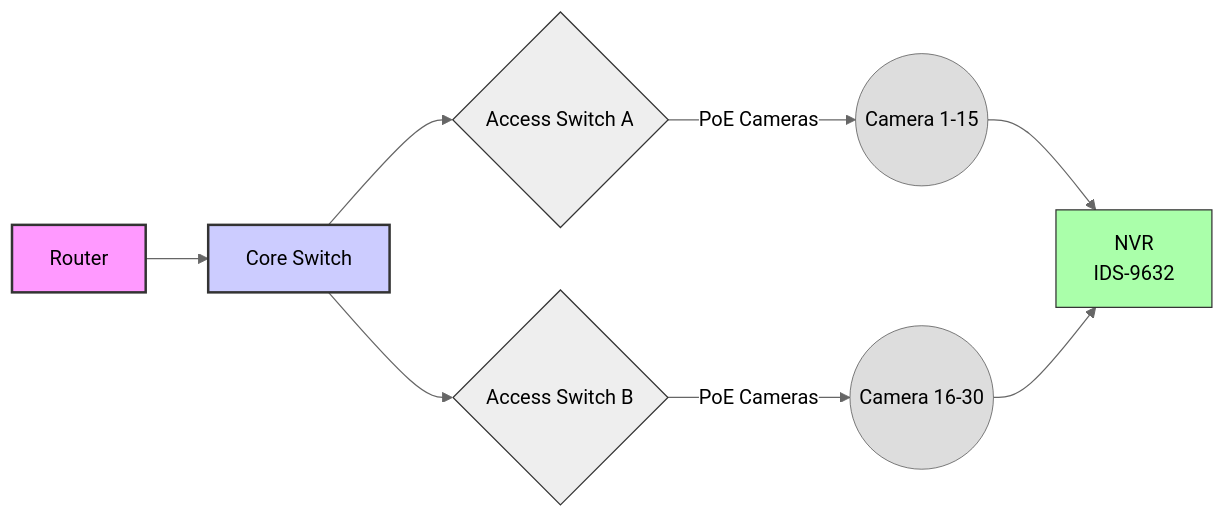
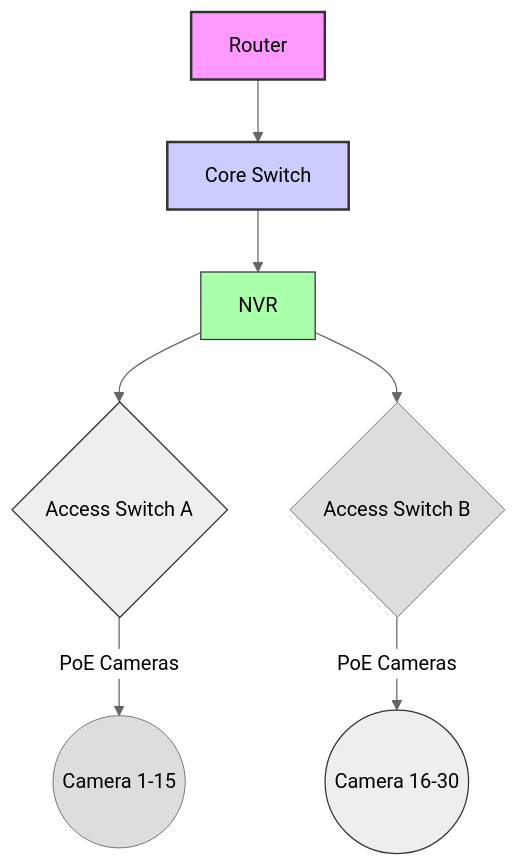
One commit to wHkr/Life-Systems changed the first of 7 diagrams in docs/tech/overview.md. Above: the diagram before and after it, drawn with Mermaid (neutral theme). The commit also changed 10 other files, not shown here.

Commit message:
Just wasting time by adding tons of diagrams and mermaid graphs using mermaid in my website. Just adding plugins here and there for node and color and icon functionality

````diff
--- a/docs/tech/overview.md
+++ b/docs/tech/overview.md
@@ -7,20 +7,17 @@
 ```mermaid
-flowchart LR
-    A[Router] --> B[Core Switch]
-    B --> C{Access Switch A}
-    B --> D{Access Switch B}
+flowchart TD
+    A[Router] --> B[Core Switch] --> C[NVR]
+    C --> D{Access Switch A}
+    C --> E{Access Switch B}
 
-    C -- "PoE Cameras" --> E((Camera 1-15))
-    D -- "PoE Cameras" --> F((Camera 16-30))
-
-    E --> G[NVR<br/>IDS-9632]
-    F --> G
+    D -- "PoE Cameras" --> F((Camera 1-15))
+    E -- "PoE Cameras" --> G((Camera 16-30))
 
     style A fill:#f9f,stroke:#333,stroke-width:2px
     style B fill:#ccf,stroke:#333,stroke-width:2px
-    style C fill:#eee,stroke:#333,stroke-width:1px
+    style C fill:#afa,stroke:#333,stroke-width:1px
     style D fill:#eee,stroke:#333,stroke-width:1px
     style E fill:#ddd,stroke:#333,stroke-width:0.5px
     style F fill:#ddd,stroke:#333,stroke-width:0.5px
-    style G fill:#afa,stroke:#333,stroke-width:1px
+    style G fill:#eee,stroke:#333,stroke-width:1px
 ```
````
